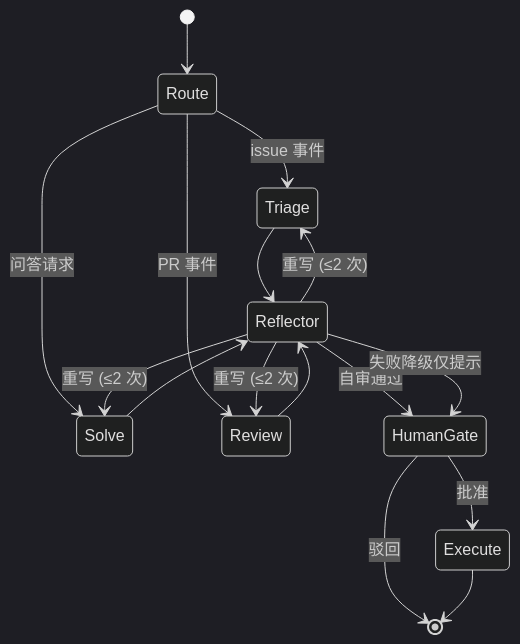
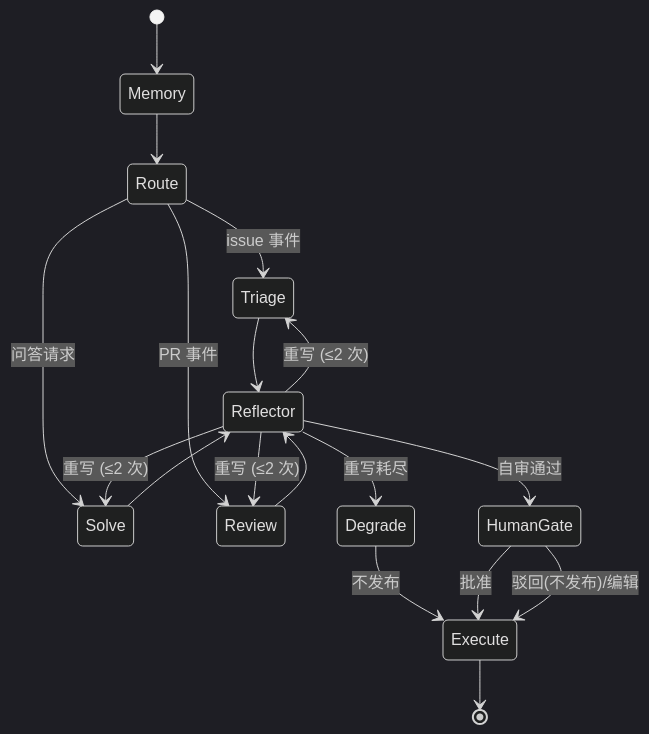
Before and after one commit to freeisle/maintainer-copilot: the second of 2 diagrams in docs/architecture.md, drawn with Mermaid (dark theme). The commit also changed other lines of this file and 3 other files, not shown here.

Commit message:
docs(roadmap): document verified delivery and remaining blockers

````diff
--- a/docs/architecture.md
+++ b/docs/architecture.md
@@ -54,18 +56,20 @@
 ```mermaid
 stateDiagram-v2
-    [*] --> Route
+    [*] --> Memory
+    Memory --> Route
     Route --> Triage: issue 事件
     Route --> Solve: 问答请求
     Route --> Review: PR 事件
     Triage --> Reflector
     Solve --> Reflector
     Review --> Reflector
     Reflector --> HumanGate: 自审通过
     Reflector --> Triage: 重写 (≤2 次)
     Reflector --> Solve: 重写 (≤2 次)
     Reflector --> Review: 重写 (≤2 次)
-    Reflector --> HumanGate: 失败降级仅提示
+    Reflector --> Degrade: 重写耗尽
+    Degrade --> Execute: 不发布
     HumanGate --> Execute: 批准
-    HumanGate --> [*]: 驳回
+    HumanGate --> Execute: 驳回(不发布)/编辑
     Execute --> [*]
 ```
````
